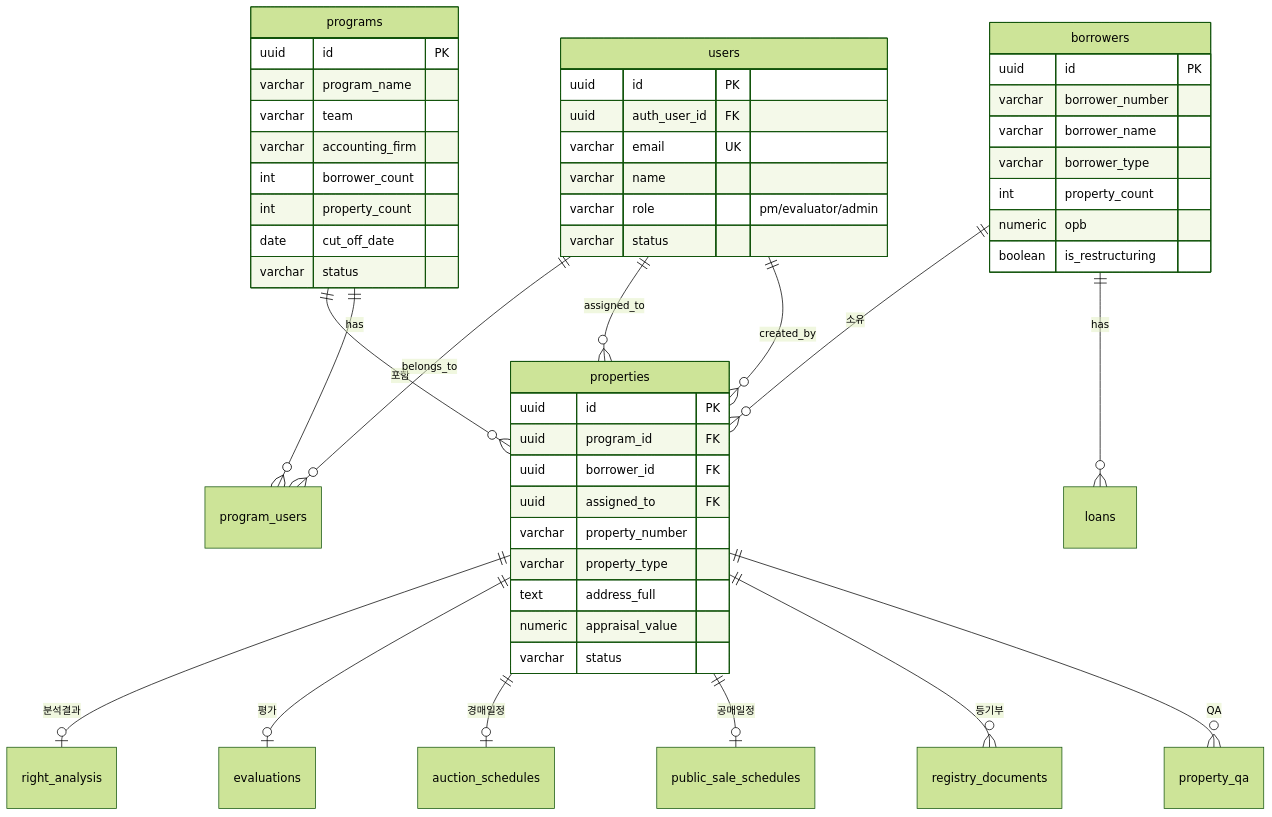
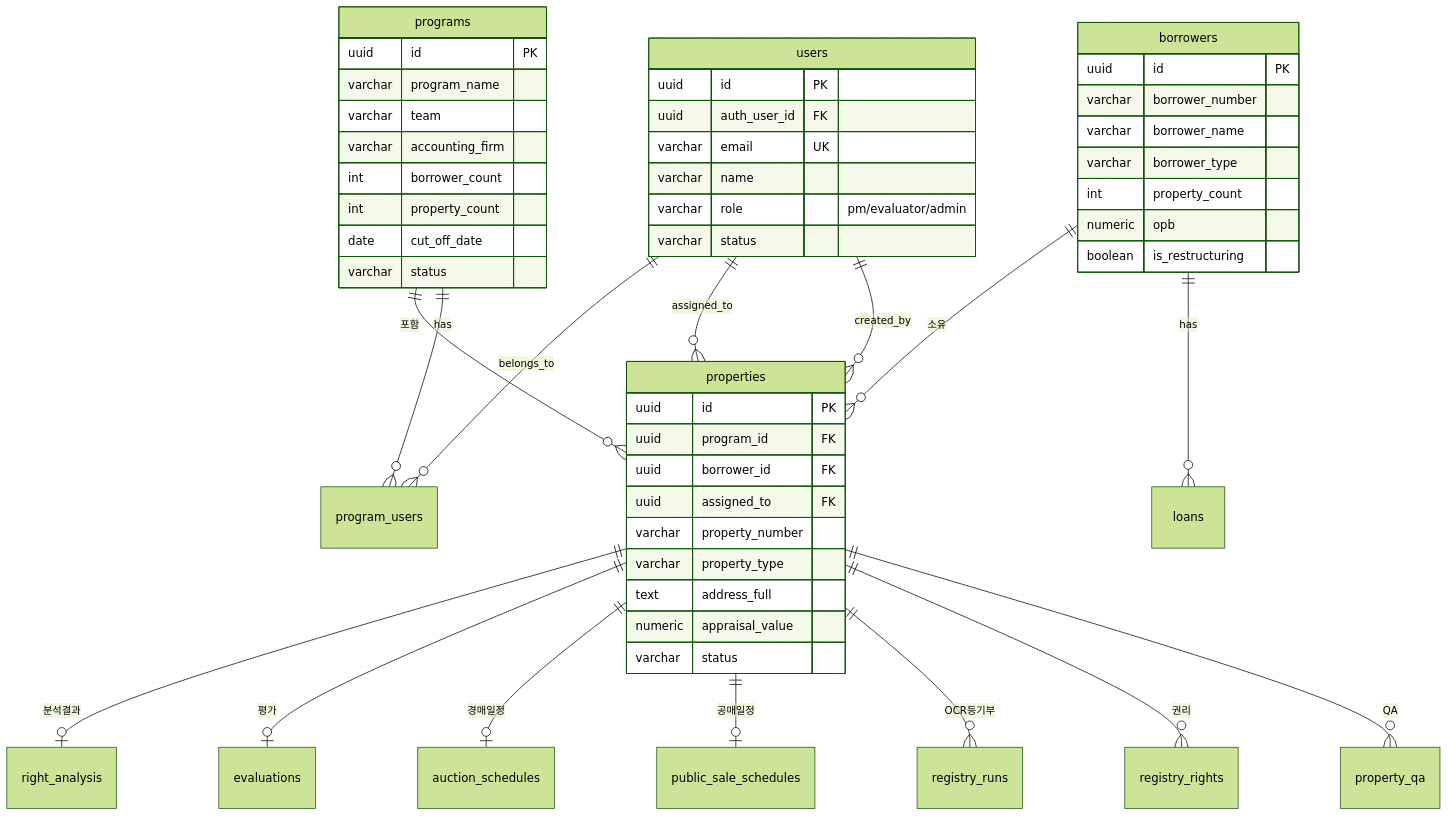
Before and after one commit to Junhyunp/Dev-NPLogic: the first of 11 diagrams in docs/2. ERD.md, drawn with Mermaid (forest theme). The commit also changed other lines of this file and 13 other files, not shown here.

````diff
--- a/docs/2. ERD.md
+++ b/docs/2. ERD.md
@@ -78,61 +88,62 @@
 ```mermaid
 erDiagram
     programs ||--o{ properties : "포함"
     programs ||--o{ program_users : "has"
     users ||--o{ program_users : "belongs_to"
     
     borrowers ||--o{ properties : "소유"
     borrowers ||--o{ loans : "has"
     
     properties ||--o| right_analysis : "분석결과"
     properties ||--o| evaluations : "평가"
     properties ||--o| auction_schedules : "경매일정"
     properties ||--o| public_sale_schedules : "공매일정"
-    properties ||--o{ registry_documents : "등기부"
+    properties ||--o{ registry_runs : "OCR등기부"
+    properties ||--o{ registry_rights : "권리"
     properties ||--o{ property_qa : "QA"
     
     users ||--o{ properties : "assigned_to"
     users ||--o{ properties : "created_by"
 
     programs {
         uuid id PK
         varchar program_name
         varchar team
         varchar accounting_firm
         int borrower_count
         int property_count
         date cut_off_date
         varchar status
     }
     
     users {
         uuid id PK
         uuid auth_user_id FK
         varchar email UK
         varchar name
         varchar role "pm/evaluator/admin"
         varchar status
     }
     
     borrowers {
         uuid id PK
         varchar borrower_number
         varchar borrower_name
         varchar borrower_type
         int property_count
         numeric opb
         boolean is_restructuring
     }
     
     properties {
         uuid id PK
         uuid program_id FK
         uuid borrower_id FK
         uuid assigned_to FK
         varchar property_number
         varchar property_type
         text address_full
         numeric appraisal_value
         varchar status
     }
 ```
````
